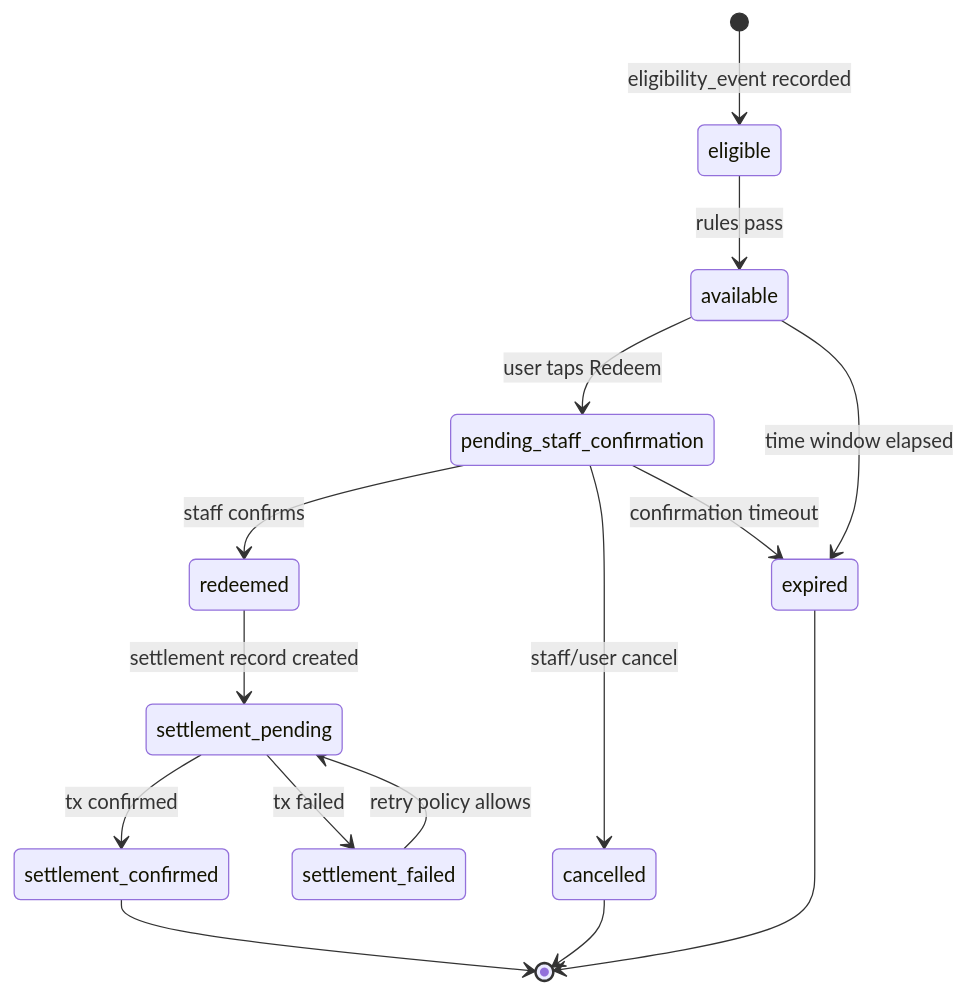
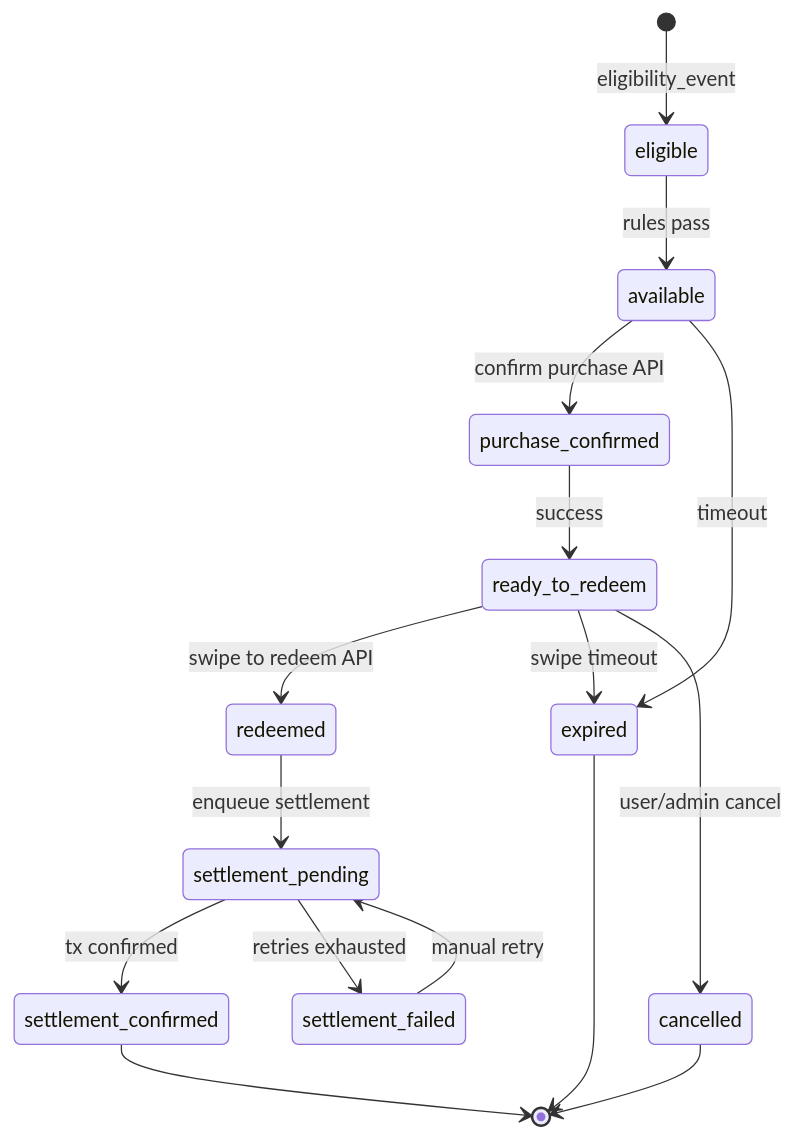
Before and after one commit to hurley87/refraction: the first of 2 diagrams in docs/plans/public-records-sponsored-usdc-activation-prd.md, drawn with Mermaid. The commit also changed other lines of this file, not shown here.

Commit message:
docs: refine sponsored USDC PRD for Base/Stellar and swipe UX

````diff
--- a/docs/plans/public-records-sponsored-usdc-activation-prd.md
+++ b/docs/plans/public-records-sponsored-usdc-activation-prd.md
@@ -329,17 +343,18 @@
 ```mermaid
 stateDiagram-v2
-  [*] --> eligible: eligibility_event recorded
+  [*] --> eligible: eligibility_event
   eligible --> available: rules pass
-  available --> pending_staff_confirmation: user taps Redeem
-  pending_staff_confirmation --> redeemed: staff confirms
-  pending_staff_confirmation --> cancelled: staff/user cancel
-  available --> expired: time window elapsed
-  pending_staff_confirmation --> expired: confirmation timeout
-  redeemed --> settlement_pending: settlement record created
+  available --> purchase_confirmed: confirm purchase API
+  purchase_confirmed --> ready_to_redeem: success
+  ready_to_redeem --> redeemed: swipe to redeem API
+  available --> expired: timeout
+  ready_to_redeem --> expired: swipe timeout
+  ready_to_redeem --> cancelled: user/admin cancel
+  redeemed --> settlement_pending: enqueue settlement
   settlement_pending --> settlement_confirmed: tx confirmed
-  settlement_pending --> settlement_failed: tx failed
-  settlement_failed --> settlement_pending: retry policy allows
+  settlement_pending --> settlement_failed: retries exhausted
+  settlement_failed --> settlement_pending: manual retry
   settlement_confirmed --> [*]
   cancelled --> [*]
   expired --> [*]
 ```
````
